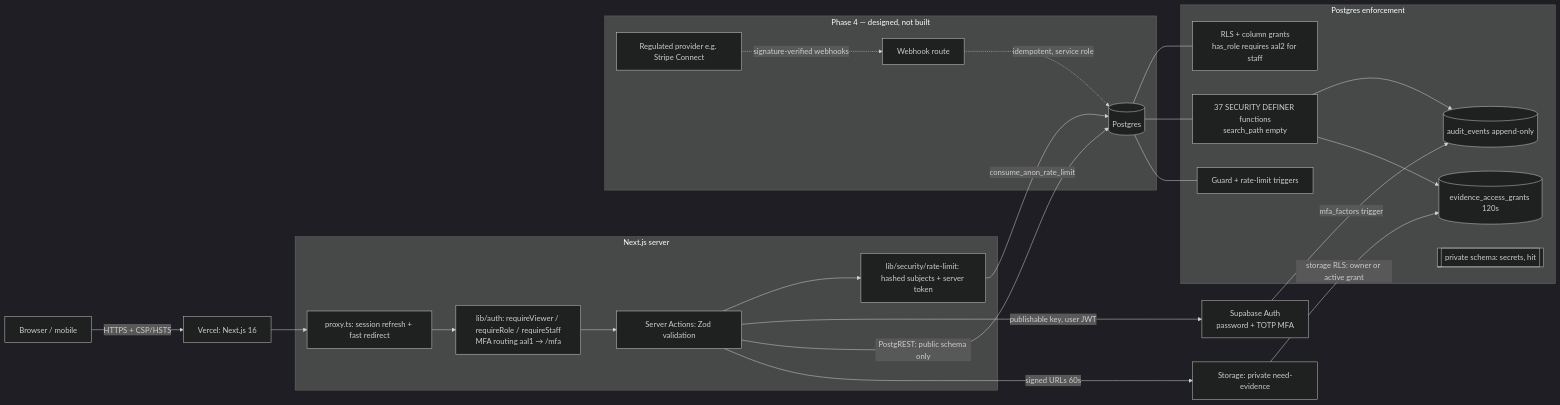
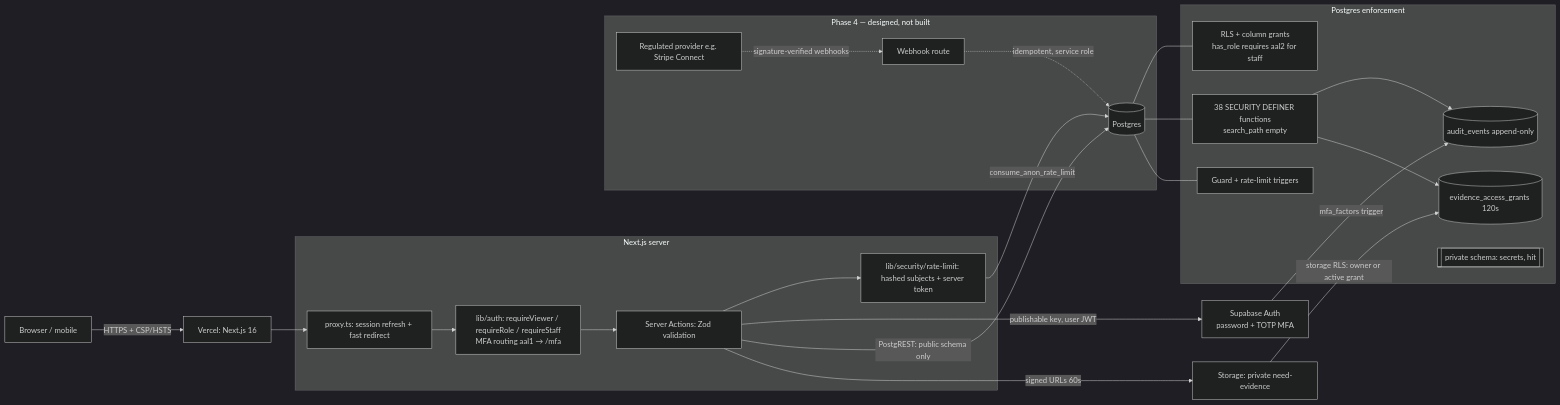
One commit to MyGreathouse/SolveANeed changed the first of 2 diagrams in docs/ARCHITECTURE.md. Above: the diagram before and after it, drawn with Mermaid (dark theme). The commit also changed 6 other files, not shown here.

````diff
--- a/docs/ARCHITECTURE.md
+++ b/docs/ARCHITECTURE.md
@@ -5,33 +5,33 @@
 ```mermaid
 flowchart LR
   U["Browser / mobile"] -->|HTTPS + CSP/HSTS| V["Vercel: Next.js 16"]
   subgraph App["Next.js server"]
     PX["proxy.ts: session refresh + fast redirect"]
     DAL["lib/auth: requireViewer / requireRole / requireStaff<br/>MFA routing aal1 → /mfa"]
     SA["Server Actions: Zod validation"]
     RL["lib/security/rate-limit: hashed subjects + server token"]
   end
   V --> PX --> DAL --> SA
   SA --> RL
   SA -->|publishable key, user JWT| AUTH["Supabase Auth<br/>password + TOTP MFA"]
   SA -->|PostgREST: public schema only| PG[("Postgres")]
   SA -->|signed URLs 60s| ST["Storage: private need-evidence"]
   RL -->|consume_anon_rate_limit| PG
   subgraph PG_["Postgres enforcement"]
     RLS["RLS + column grants<br/>has_role requires aal2 for staff"]
-    RPC["37 SECURITY DEFINER functions<br/>search_path empty"]
+    RPC["38 SECURITY DEFINER functions<br/>search_path empty"]
     TRG["Guard + rate-limit triggers"]
     AUD[("audit_events append-only")]
     GR[("evidence_access_grants 120s")]
     PRIV[["private schema: secrets, hit"]]
   end
   PG --- RLS & RPC & TRG
   RPC --> AUD
   RPC --> GR
   ST -->|storage RLS: owner or active grant| GR
   AUTH -->|mfa_factors trigger| AUD
   subgraph P4["Phase 4 — designed, not built"]
     PP["Regulated provider e.g. Stripe Connect"] -.signature-verified webhooks.-> WH[Webhook route]
     WH -.idempotent, service role.-> PG
   end
 ```
````
